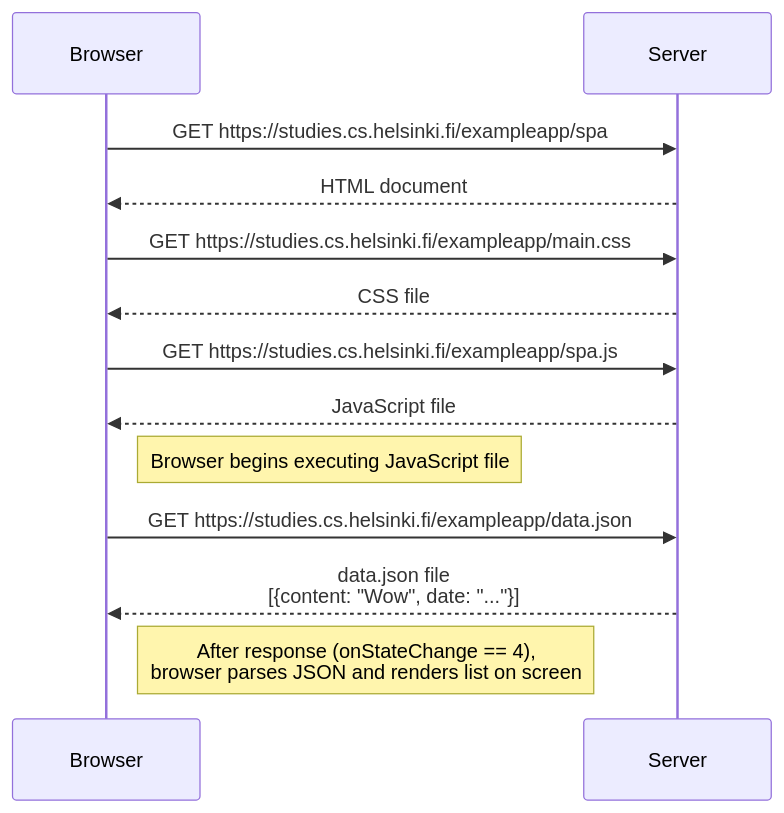
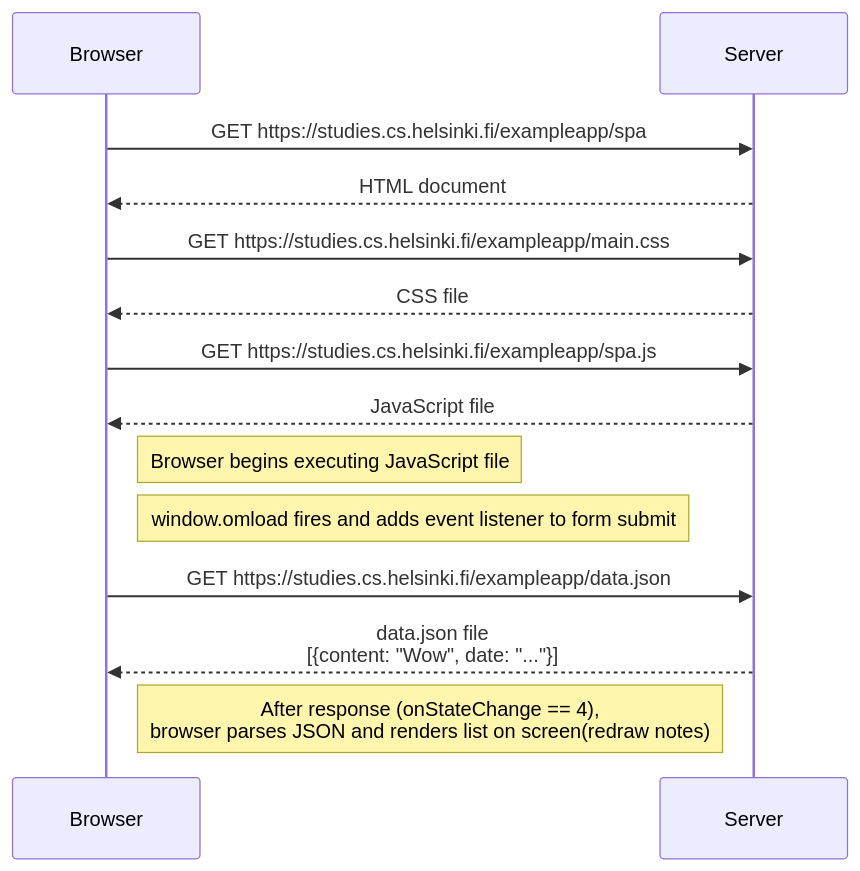
One commit to ganeshreddychimmula/full-stack-open changed the first of 2 diagrams in part0/5-exercise/Exercise-5.md. Above: the diagram before and after it, drawn with Mermaid. The commit also changed other lines of this file, not shown here.

Commit message:
Update Exercise-5

````diff
--- a/part0/5-exercise/Exercise-5.md
+++ b/part0/5-exercise/Exercise-5.md
@@ -25,21 +25,22 @@
 ```mermaid
 sequenceDiagram
     participant Browser
     participant Server
 
     Browser->>Server: GET https://studies.cs.helsinki.fi/exampleapp/spa
     Server-->>Browser: HTML document
 
     Browser->>Server: GET https://studies.cs.helsinki.fi/exampleapp/main.css
     Server-->>Browser: CSS file
 
     Browser->>Server: GET https://studies.cs.helsinki.fi/exampleapp/spa.js
     Server-->>Browser: JavaScript file
 
     Note right of Browser: Browser begins executing JavaScript file
+    Note right of Browser: window.omload fires and adds event listener to form submit
 
     Browser->>Server: GET https://studies.cs.helsinki.fi/exampleapp/data.json
     Server-->>Browser: data.json file<br/>[{content: "Wow", date: "..."}]
 
-    Note right of Browser: After response (onStateChange == 4),<br/>browser parses JSON and renders list on screen
+    Note right of Browser: After response (onStateChange == 4),<br/>browser parses JSON and renders list on screen(redraw notes)
 ```
````
